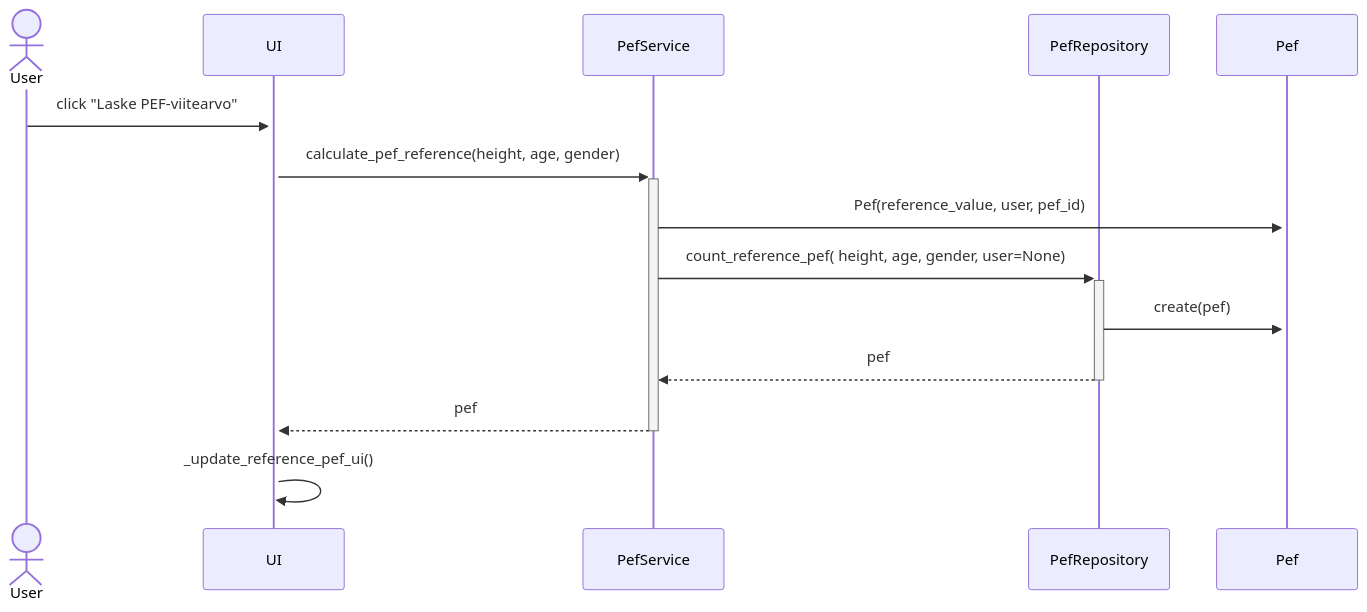
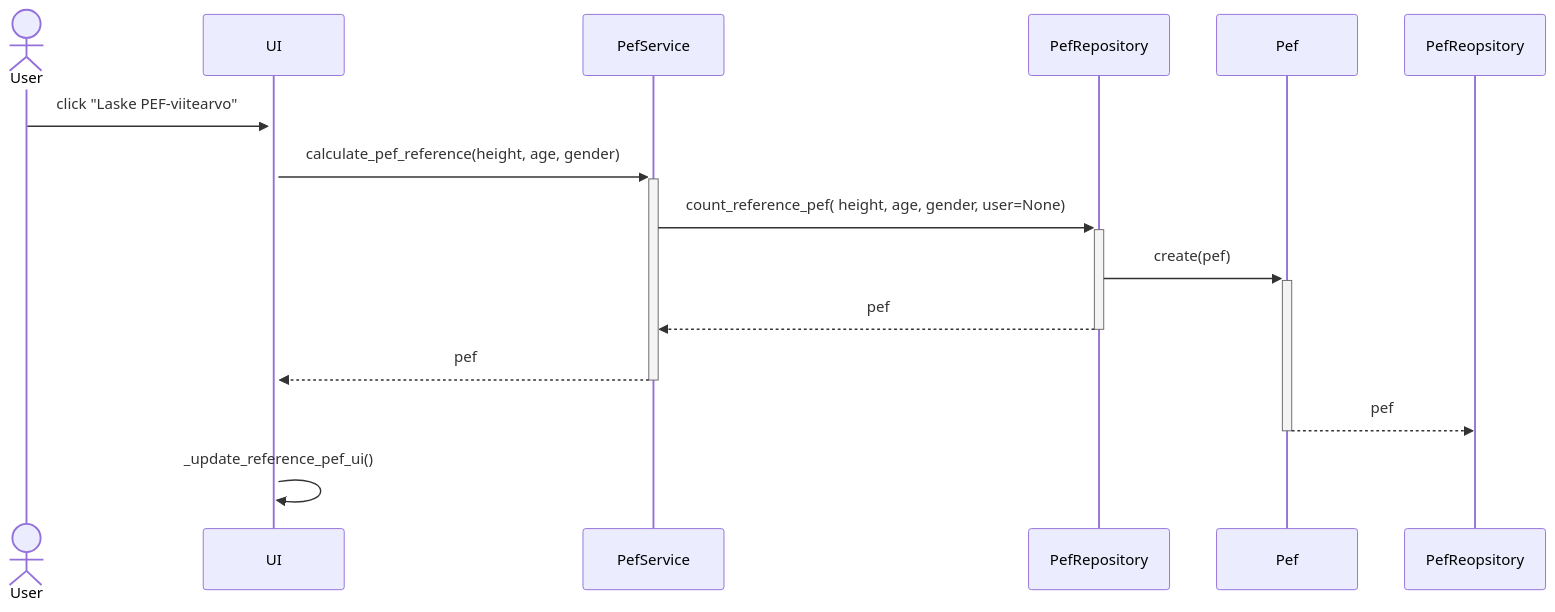
The fourth of 4 diagrams in dokumentaatio/arkkitehtuuri.md (JVilo/ot-harjoitustyo), drawn with Mermaid before and after one commit.

Commit message:
little fixes to the Sequence diagrams

````diff
--- a/dokumentaatio/arkkitehtuuri.md
+++ b/dokumentaatio/arkkitehtuuri.md
@@ -133,16 +133,16 @@
 ```mermaid
 sequenceDiagram
   actor User
   participant UI
   participant PefService
   participant PefRepository
   participant Pef
   User->>+UI: click "Laske PEF-viitearvo"
   UI->>+PefService: calculate_pef_reference(height, age, gender)
-  PefService->>+Pef: Pef(reference_value, user, pef_id)
   PefService->>+PefRepository: count_reference_pef( height, age, gender, user=None)
- PefRepository->>+Pef : create(pef)
+  PefRepository->>+Pef: create(pef)
   PefRepository-->>-PefService: pef
   PefService-->>-UI: pef
+  Pef-->>-PefReopsitory: pef
   UI->>UI: _update_reference_pef_ui()
 ```
````
